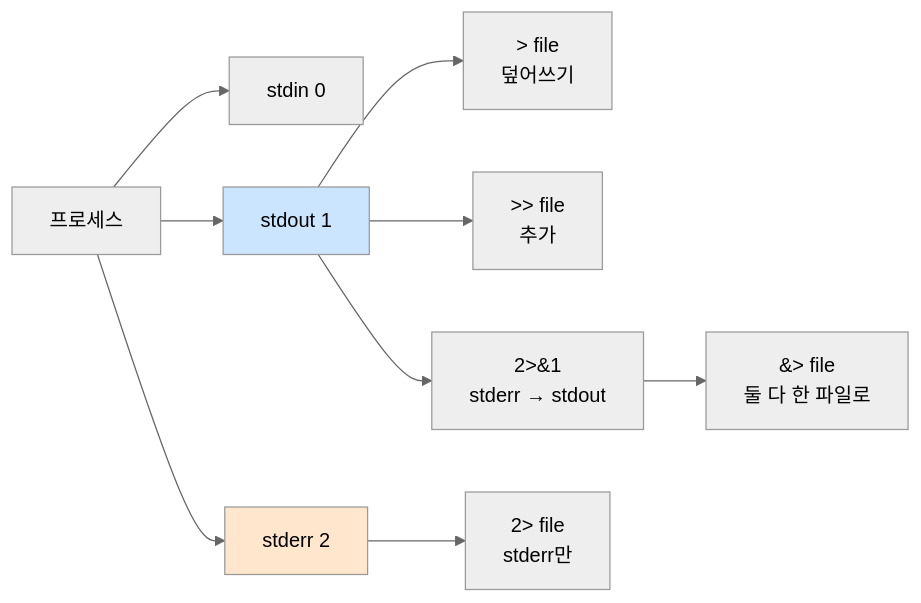
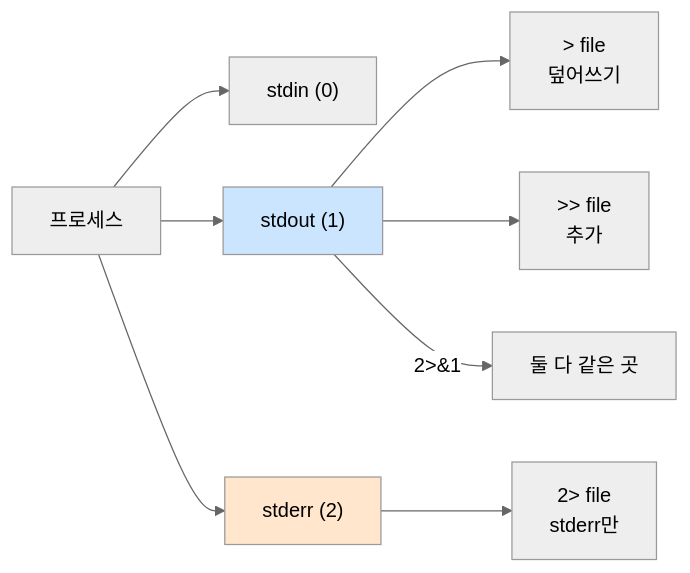
The diagram in codyssey_b1_1_study/bash-substitution.md (codewhite7777/codyssey_notes), drawn with Mermaid (neutral theme) before and after one commit. The commit also changed other lines of this file and 5 other files, not shown here.

````diff
--- a/codyssey_b1_1_study/bash-substitution.md
+++ b/codyssey_b1_1_study/bash-substitution.md
@@ -147,14 +242,13 @@
 ```mermaid
 flowchart LR
-    A[프로세스] --> B[stdin 0]
-    A --> C[stdout 1]
-    A --> D[stderr 2]
+    A["프로세스"] --> B["stdin (0)"]
+    A --> C["stdout (1)"]
+    A --> D["stderr (2)"]
     C --> E["> file<br/>덮어쓰기"]
     C --> F[">> file<br/>추가"]
     D --> G["2> file<br/>stderr만"]
-    C --> H["2>&1<br/>stderr → stdout"]
-    H --> I["&> file<br/>둘 다 한 파일로"]
+    C -->|"2>&1"| H["둘 다 같은 곳"]
 
     style C fill:#cce5ff
     style D fill:#ffe6cc
 ```
````
